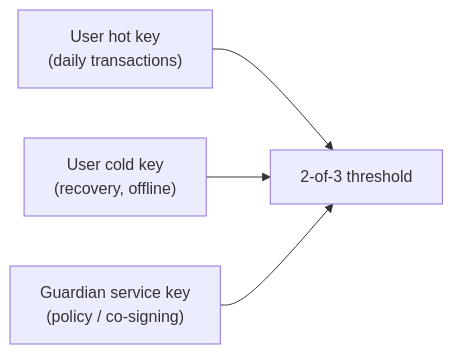
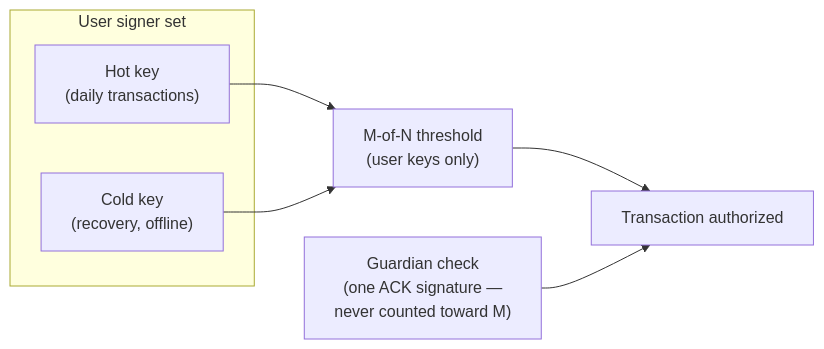
The first of 4 diagrams in docs/CONCEPTS.md (OpenZeppelin/guardian), drawn with Mermaid before and after one commit. The commit also changed other lines of this file, not shown here.

Commit message:
chore: Clarify Guardian ACK role

````diff
--- a/docs/CONCEPTS.md
+++ b/docs/CONCEPTS.md
@@ -36,10 +37,14 @@
 ```mermaid
 flowchart LR
-  H["User hot key<br/>(daily transactions)"]
-  C["User cold key<br/>(recovery, offline)"]
-  G["Guardian service key<br/>(policy / co-signing)"]
-  T["2-of-3 threshold"]
+  subgraph S["User signer set"]
+    H["Hot key<br/>(daily transactions)"]
+    C["Cold key<br/>(recovery, offline)"]
+  end
+  T["M-of-N threshold<br/>(user keys only)"]
+  G["Guardian check<br/>(one ACK signature —<br/>never counted toward M)"]
+  A["Transaction authorized"]
   H --> T
   C --> T
-  G --> T
+  T --> A
+  G --> A
 ```
````
